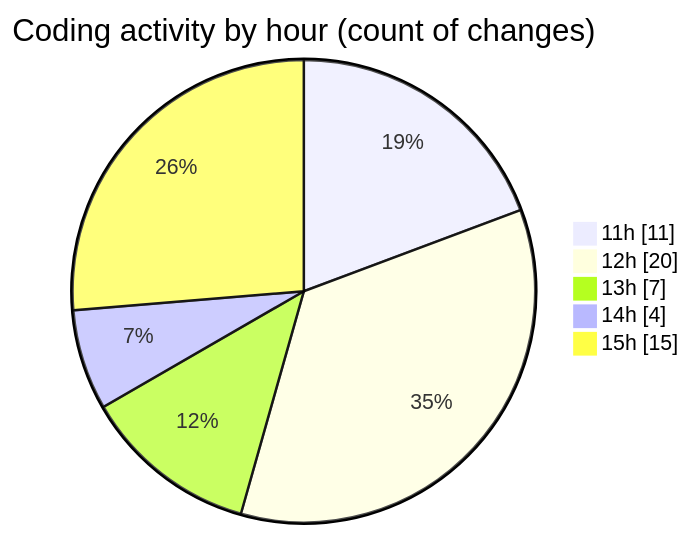
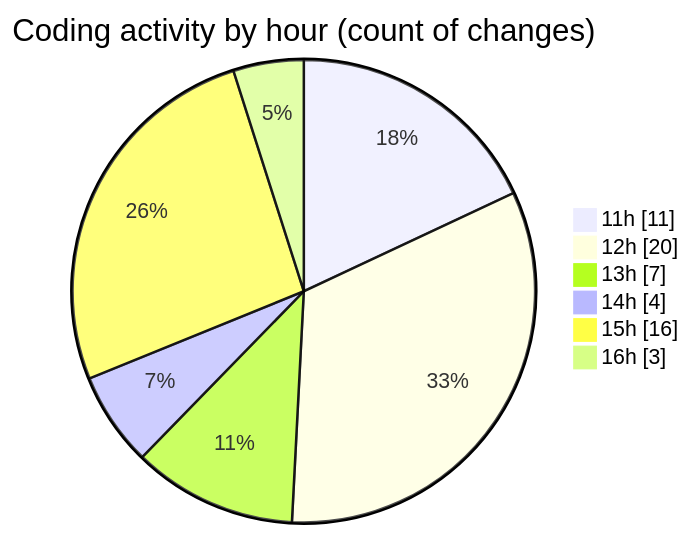
The second of 2 diagrams in 2025-10-14/nxtqube_webapp/README.md (nxtqubesakshisongat/code-tracking), drawn with Mermaid before and after one commit. The commit also changed other lines of this file and 1 other file, not shown here.

````diff
--- a/2025-10-14/nxtqube_webapp/README.md
+++ b/2025-10-14/nxtqube_webapp/README.md
@@ -29,9 +29,10 @@
 ```mermaid
 pie showData
 title Coding activity by hour (count of changes)
 "11h" : 11
 "12h" : 20
 "13h" : 7
 "14h" : 4
-"15h" : 15
+"15h" : 16
+"16h" : 3
 ```
````
